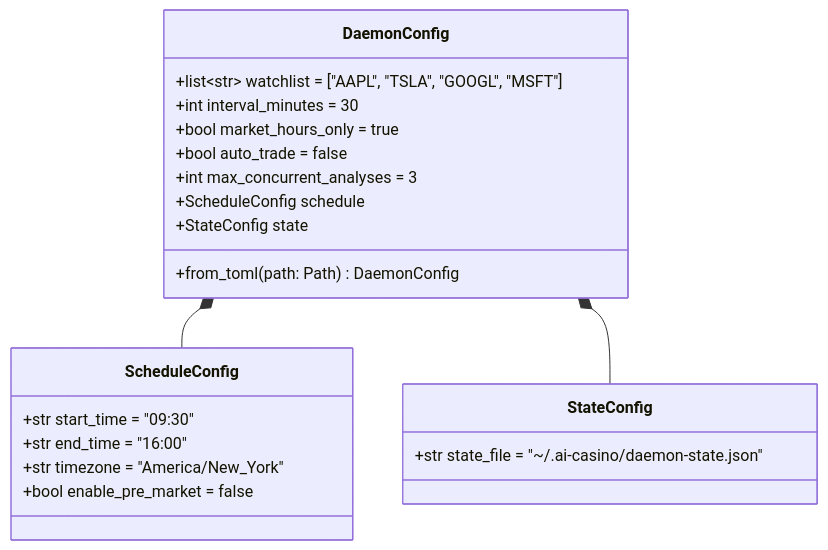
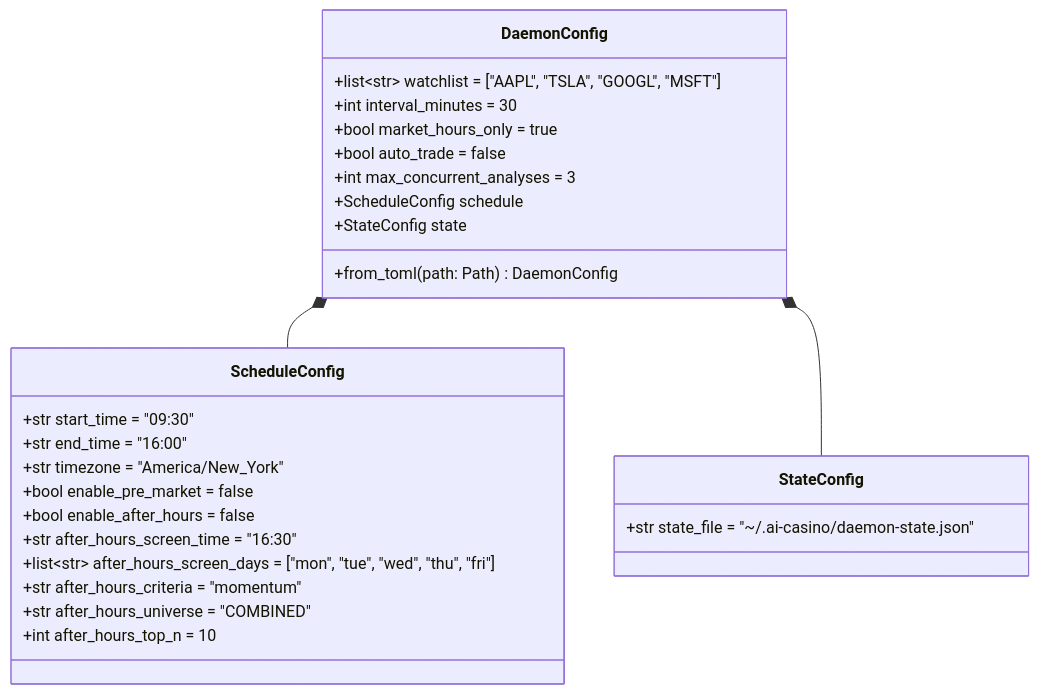
One commit to Automaat/ai-casino changed the first of 3 diagrams in docs/daemon-operations.md. Above: the diagram before and after it, drawn with Mermaid. The commit also changed other lines of this file and 8 other files, not shown here.

First line of the commit message:
feat: add after-hours watchlist screening (#194)

````diff
--- a/docs/daemon-operations.md
+++ b/docs/daemon-operations.md
@@ -25,27 +25,33 @@
 ```mermaid
 classDiagram
     class DaemonConfig {
         +list~str~ watchlist = ["AAPL", "TSLA", "GOOGL", "MSFT"]
         +int interval_minutes = 30
         +bool market_hours_only = true
         +bool auto_trade = false
         +int max_concurrent_analyses = 3
         +ScheduleConfig schedule
         +StateConfig state
         +from_toml(path: Path) DaemonConfig
     }
 
     class ScheduleConfig {
         +str start_time = "09:30"
         +str end_time = "16:00"
         +str timezone = "America/New_York"
         +bool enable_pre_market = false
+        +bool enable_after_hours = false
+        +str after_hours_screen_time = "16:30"
+        +list~str~ after_hours_screen_days = ["mon", "tue", "wed", "thu", "fri"]
+        +str after_hours_criteria = "momentum"
+        +str after_hours_universe = "COMBINED"
+        +int after_hours_top_n = 10
     }
 
     class StateConfig {
         +str state_file = "~/.ai-casino/daemon-state.json"
     }
 
     DaemonConfig *-- ScheduleConfig
     DaemonConfig *-- StateConfig
 ```
````
